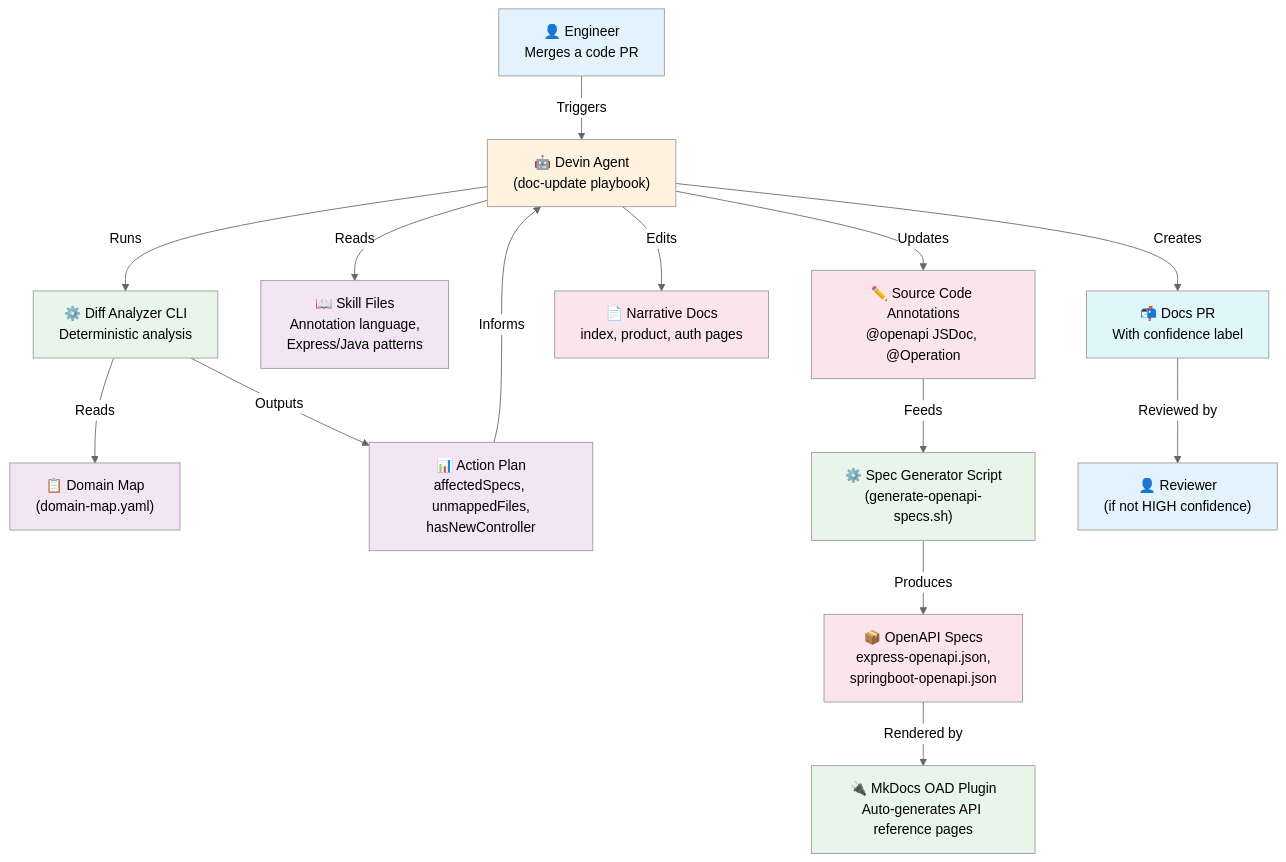
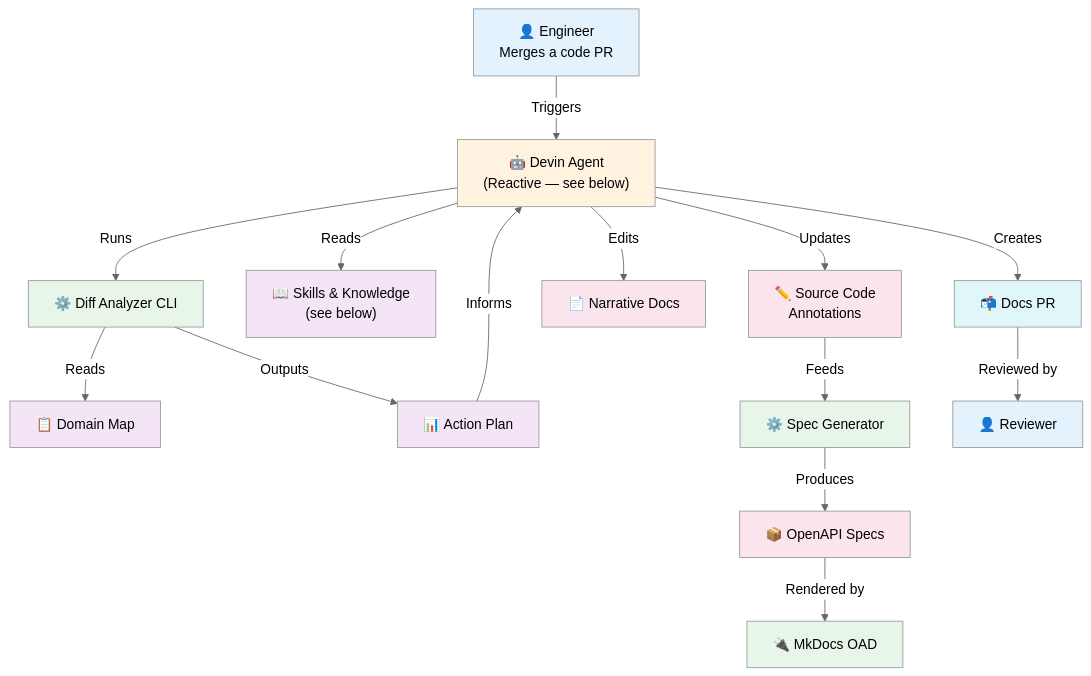
The first of 3 diagrams in presentation/high-level-overview.md (bnbarak/cognition), drawn with Mermaid (neutral theme) before and after one commit. The commit also changed other lines of this file, not shown here.

Commit message:
docs: break overview into sub-diagrams — reactive agent tree, skills & knowledge

````diff
--- a/presentation/high-level-overview.md
+++ b/presentation/high-level-overview.md
@@ -5,36 +5,35 @@
 ```mermaid
 flowchart TD
     Engineer["👤 Engineer\nMerges a code PR"]
-    Engineer -->|"Triggers"| Devin["🤖 Devin Agent\n(doc-update playbook)"]
+    Engineer -->|"Triggers"| Agent["🤖 Devin Agent\n(Reactive — see below)"]
 
-    Devin -->|"Runs"| CLI["⚙️ Diff Analyzer CLI\nDeterministic analysis"]
-    CLI -->|"Reads"| DomainMap["📋 Domain Map\n(domain-map.yaml)"]
-    CLI -->|"Outputs"| ActionPlan["📊 Action Plan\naffectedSpecs, unmappedFiles,\nhasNewController"]
+    Agent -->|"Runs"| CLI["⚙️ Diff Analyzer CLI"]
+    CLI -->|"Reads"| DomainMap["📋 Domain Map"]
+    CLI -->|"Outputs"| ActionPlan["📊 Action Plan"]
+    ActionPlan -->|"Informs"| Agent
 
-    ActionPlan -->|"Informs"| Devin
+    Agent -->|"Reads"| Skills["📖 Skills & Knowledge\n(see below)"]
+    Agent -->|"Updates"| Code["✏️ Source Code\nAnnotations"]
+    Agent -->|"Edits"| Docs["📄 Narrative Docs"]
 
-    Devin -->|"Reads"| Skills["📖 Skill Files\nAnnotation language,\nExpress/Java patterns"]
-    Devin -->|"Updates"| Annotations["✏️ Source Code Annotations\n@openapi JSDoc, @Operation"]
-    Devin -->|"Edits"| Docs["📄 Narrative Docs\nindex, product, auth pages"]
+    Code -->|"Feeds"| SpecGen["⚙️ Spec Generator"]
+    SpecGen -->|"Produces"| Specs["📦 OpenAPI Specs"]
+    Specs -->|"Rendered by"| OAD["🔌 MkDocs OAD"]
 
-    Annotations -->|"Feeds"| SpecGen["⚙️ Spec Generator Script\n(generate-openapi-specs.sh)"]
-    SpecGen -->|"Produces"| Specs["📦 OpenAPI Specs\nexpress-openapi.json,\nspringboot-openapi.json"]
-    Specs -->|"Rendered by"| OAD["🔌 MkDocs OAD Plugin\nAuto-generates API reference pages"]
-
-    Devin -->|"Creates"| DocsPR["📬 Docs PR\nWith confidence label"]
-    DocsPR -->|"Reviewed by"| Reviewer["👤 Reviewer\n(if not HIGH confidence)"]
+    Agent -->|"Creates"| DocsPR["📬 Docs PR"]
+    DocsPR -->|"Reviewed by"| Reviewer["👤 Reviewer"]
 
     style Engineer fill:#e3f2fd
     style Reviewer fill:#e3f2fd
-    style Devin fill:#fff3e0
+    style Agent fill:#fff3e0
     style CLI fill:#e8f5e9
     style SpecGen fill:#e8f5e9
     style OAD fill:#e8f5e9
     style DomainMap fill:#f3e5f5
     style Skills fill:#f3e5f5
     style ActionPlan fill:#f3e5f5
-    style Annotations fill:#fce4ec
+    style Code fill:#fce4ec
     style Docs fill:#fce4ec
     style Specs fill:#fce4ec
     style DocsPR fill:#e0f7fa
 ```
````
